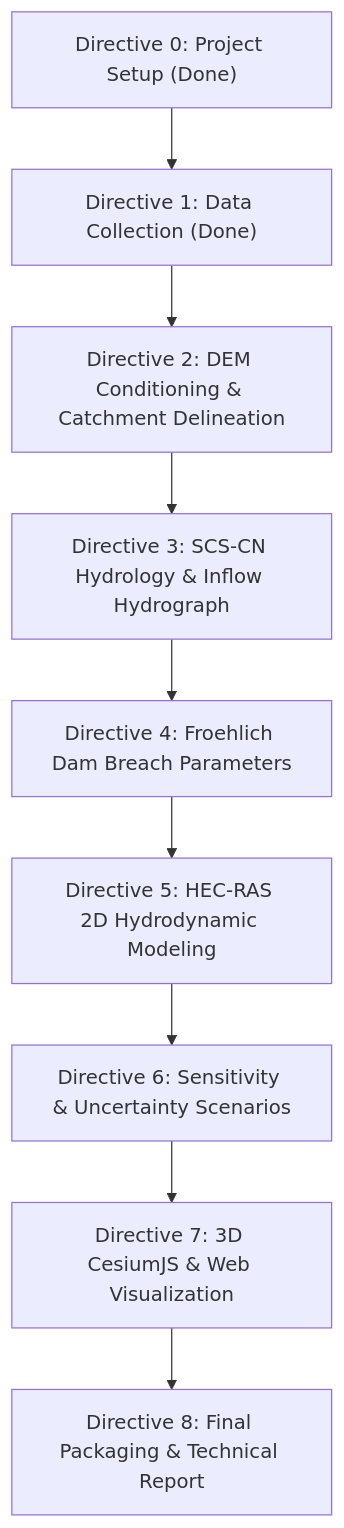
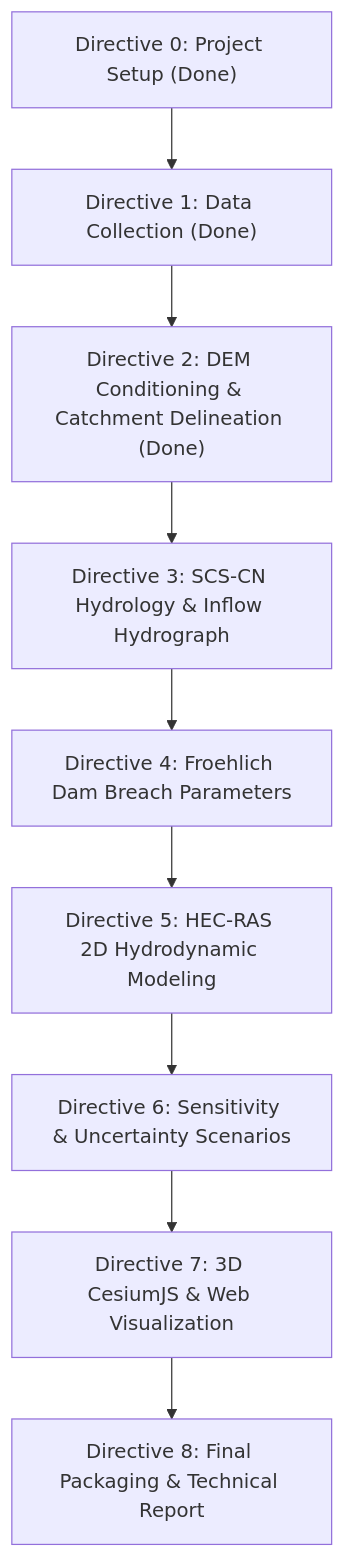
Before and after one commit to N1kill/SIH-2026: the diagram in docs/project_status_and_roadmap.md, drawn with Mermaid. The commit also changed other lines of this file and 6 other files, not shown here.

Commit message:
Implement DEM catchment extraction, mapping, and update gitignore to exclude large files

````diff
--- a/docs/project_status_and_roadmap.md
+++ b/docs/project_status_and_roadmap.md
@@ -35,11 +35,11 @@
 ```mermaid
 graph TD
     D0["Directive 0: Project Setup (Done)"] --> D1["Directive 1: Data Collection (Done)"]
-    D1 --> D2["Directive 2: DEM Conditioning & Catchment Delineation"]
+    D1 --> D2["Directive 2: DEM Conditioning & Catchment Delineation (Done)"]
     D2 --> D3["Directive 3: SCS-CN Hydrology & Inflow Hydrograph"]
     D3 --> D4["Directive 4: Froehlich Dam Breach Parameters"]
     D4 --> D5["Directive 5: HEC-RAS 2D Hydrodynamic Modeling"]
     D5 --> D6["Directive 6: Sensitivity & Uncertainty Scenarios"]
     D6 --> D7["Directive 7: 3D CesiumJS & Web Visualization"]
     D7 --> D8["Directive 8: Final Packaging & Technical Report"]
 ```
````
